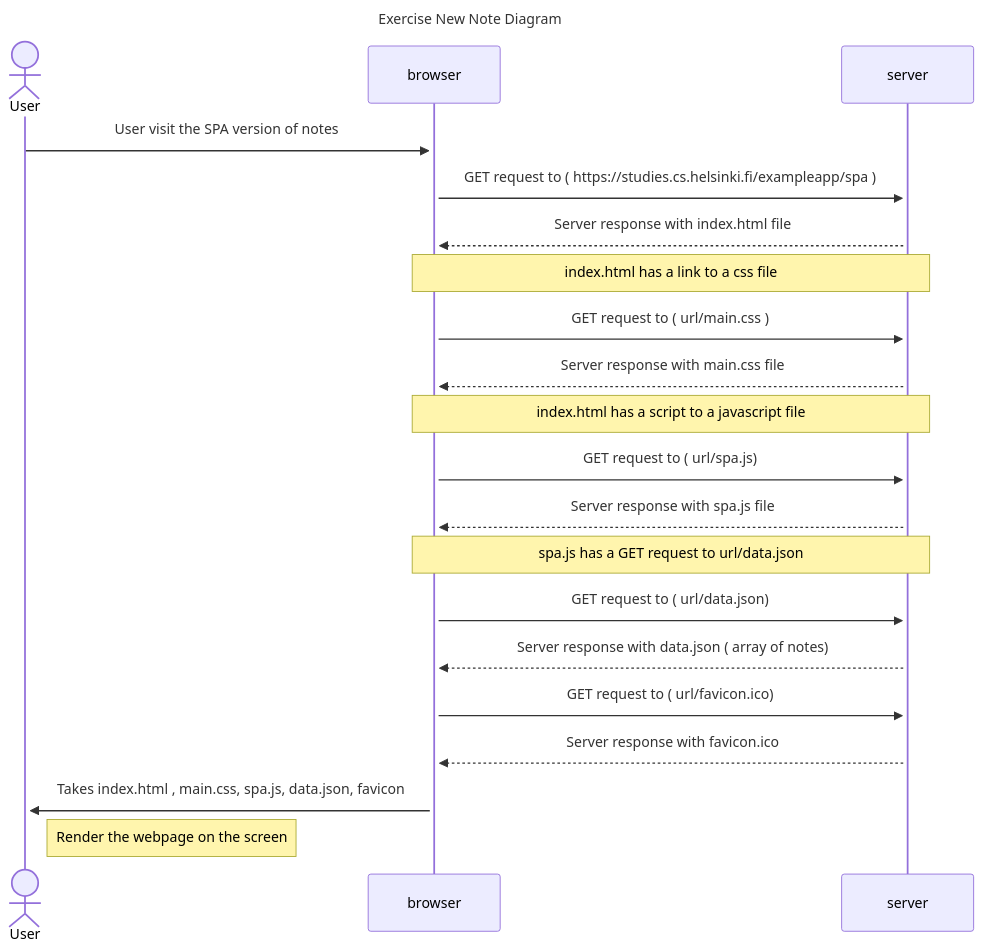
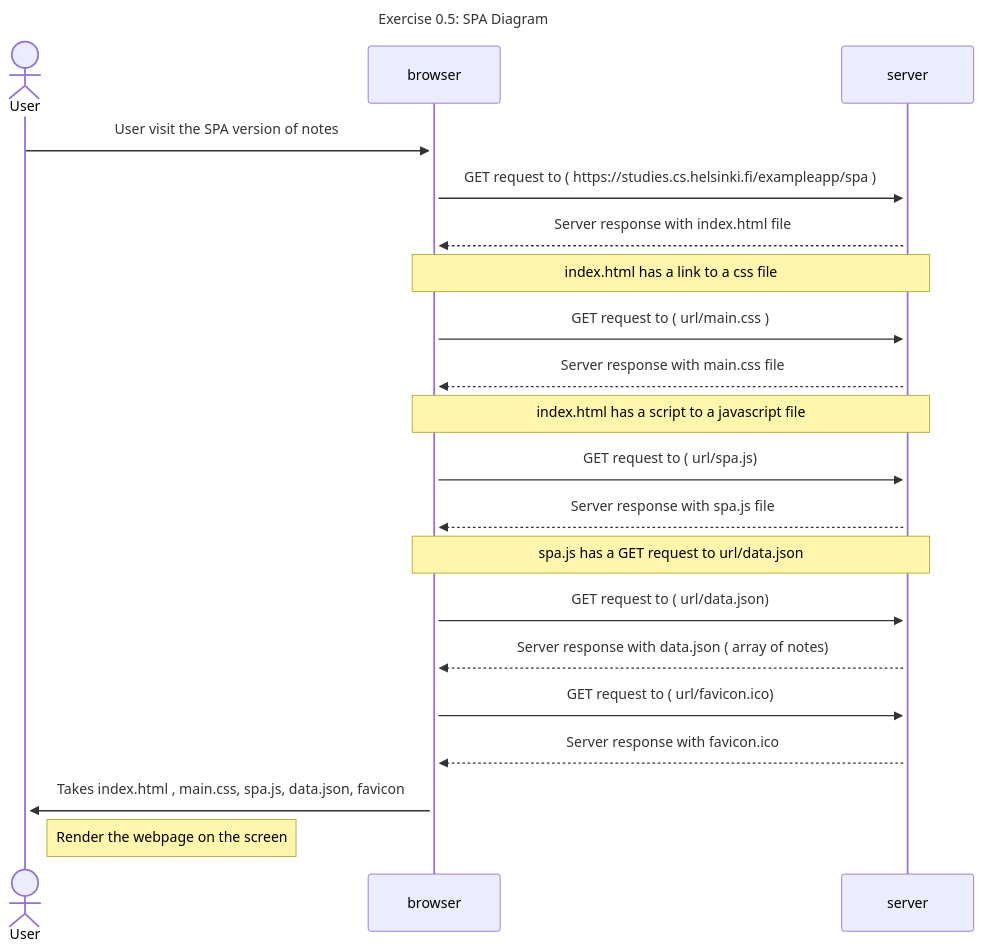
Before and after one commit to SheriefElnahas/full-stack-open-2023: the diagram in part0/0.5-Single-page-app-diagram/README.md, drawn with Mermaid.

Commit message:
update execise 0.5 title

````diff
--- a/part0/0.5-Single-page-app-diagram/README.md
+++ b/part0/0.5-Single-page-app-diagram/README.md
@@ -1,32 +1,32 @@
 ```mermaid
 sequenceDiagram
-title Exercise New Note Diagram
+title Exercise 0.5: SPA Diagram
 actor User
 participant browser
 participant server
 
     User->>+browser: User visit the SPA version of notes
 
     browser->>+server: GET request to ( https://studies.cs.helsinki.fi/exampleapp/spa )
     server-->>browser: Server response with index.html file
     Note over browser,server: index.html has a link to a css file
     browser->>+server: GET request to ( url/main.css )
     server-->>browser: Server response with main.css file
 
 
     Note over browser,server: index.html has a script to a javascript file
     browser->>+server: GET request to ( url/spa.js)
     server-->>browser: Server response with spa.js file
 
 
     Note over browser,server: spa.js has a GET request to url/data.json
     browser->>+server: GET request to ( url/data.json)
     server-->>browser: Server response with data.json ( array of notes)
 
     browser->>+server: GET request to ( url/favicon.ico)
     server-->>browser: Server response with favicon.ico
 
     browser->>+User: Takes index.html , main.css, spa.js, data.json, favicon
     Note right of User: Render the webpage on the screen
 
 ```
````
